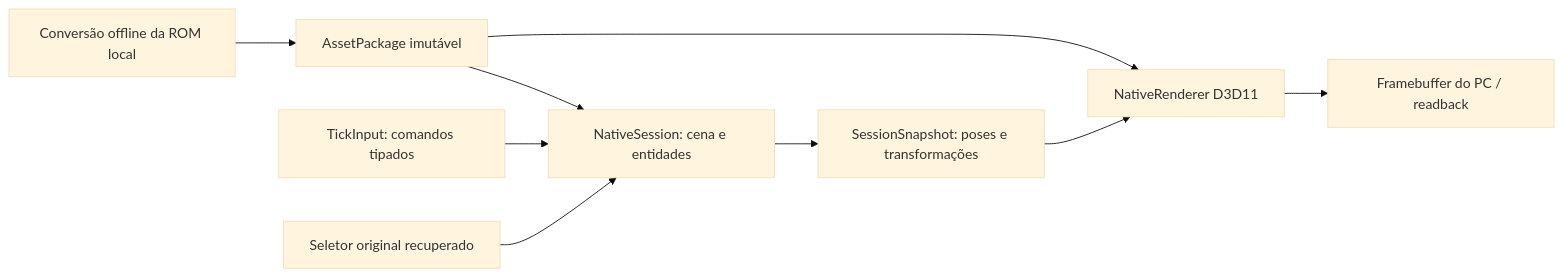
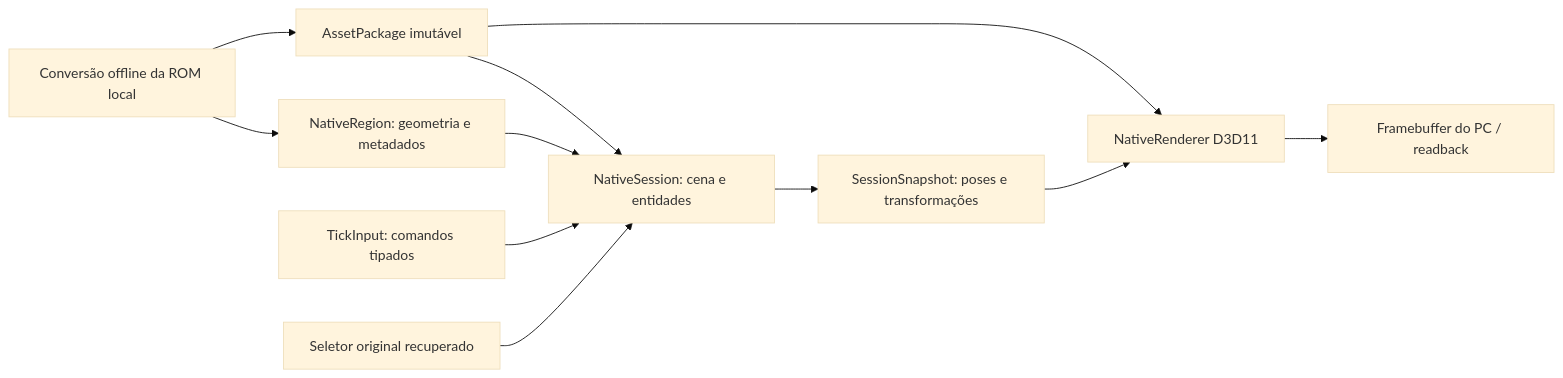
Before and after one commit to thiagoribeiro269/Jet-Force-Gemini: the second of 2 diagrams in port/native/ARCHITECTURE.md, drawn with Mermaid (base theme). The commit also changed other lines of this file and 22 other files, not shown here.

````diff
--- a/port/native/ARCHITECTURE.md
+++ b/port/native/ARCHITECTURE.md
@@ -63,11 +64,13 @@
 ```mermaid
 flowchart LR
     A[Conversão offline da ROM local] --> B[AssetPackage imutável]
     B --> C[NativeSession: cena e entidades]
+    A --> R[NativeRegion: geometria e metadados]
+    R --> C
     I[TickInput: comandos tipados] --> C
     J[Seletor original recuperado] --> C
     C --> D[SessionSnapshot: poses e transformações]
     B --> E[NativeRenderer D3D11]
     D --> E
     E --> F[Framebuffer do PC / readback]
 ```
````
